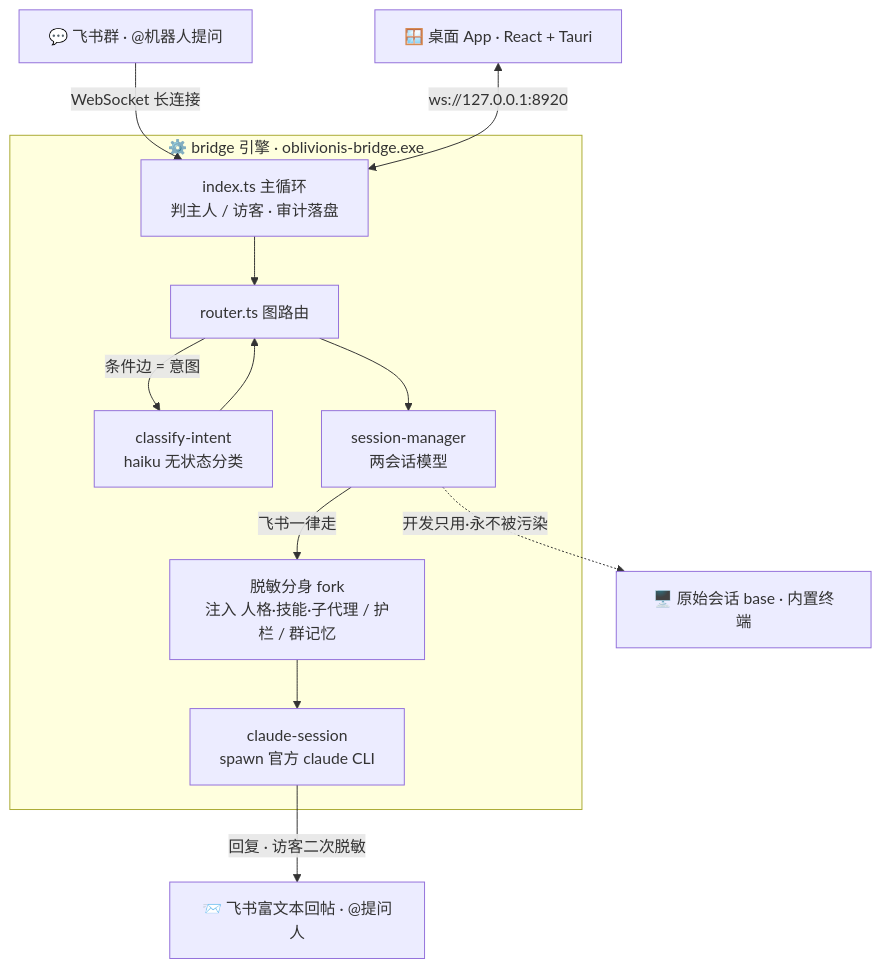
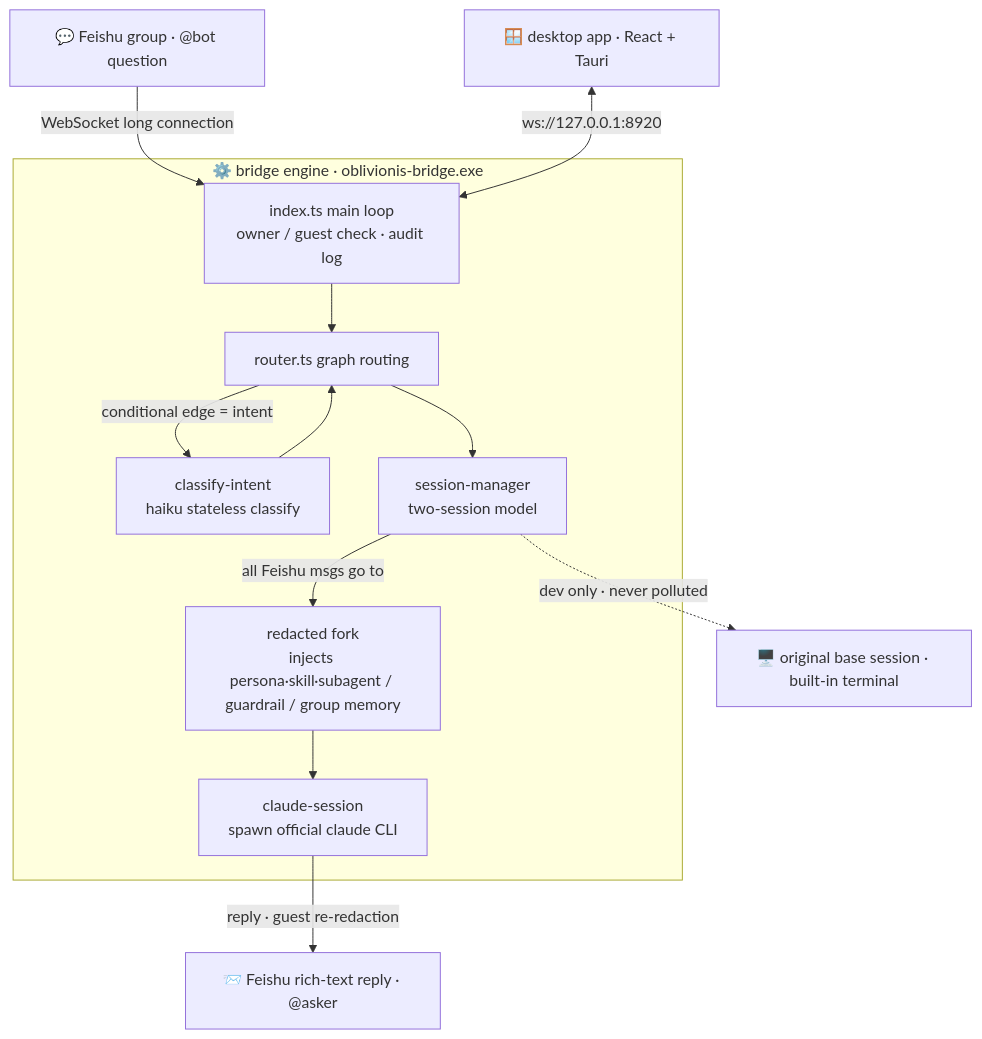
Before and after one commit to RudAns/OblivionisAgent: the first of 3 diagrams in README.md, drawn with Mermaid. The commit also changed other lines of this file and 4 other files, not shown here.

First line of the commit message:
docs(readme): 英文设为默认 README + 头部加欢迎界面截图

````diff
--- a/README.md
+++ b/README.md
@@ -102,16 +109,16 @@
 ```mermaid
 flowchart TD
-    A["💬 飞书群 · @机器人提问"]
-    subgraph BR["⚙️ bridge 引擎 · oblivionis-bridge.exe"]
-        B["index.ts 主循环<br/>判主人 / 访客 · 审计落盘"] --> C["router.ts 图路由"]
-        C -->|"条件边 = 意图"| D["classify-intent<br/>haiku 无状态分类"]
+    A["💬 Feishu group · @bot question"]
+    subgraph BR["⚙️ bridge engine · oblivionis-bridge.exe"]
+        B["index.ts main loop<br/>owner / guest check · audit log"] --> C["router.ts graph routing"]
+        C -->|"conditional edge = intent"| D["classify-intent<br/>haiku stateless classify"]
         D --> C
-        C --> E["session-manager<br/>两会话模型"]
-        E -->|"飞书一律走"| F["脱敏分身 fork<br/>注入 人格·技能·子代理 / 护栏 / 群记忆"]
-        F --> G["claude-session<br/>spawn 官方 claude CLI"]
+        C --> E["session-manager<br/>two-session model"]
+        E -->|"all Feishu msgs go to"| F["redacted fork<br/>injects persona·skill·subagent / guardrail / group memory"]
+        F --> G["claude-session<br/>spawn official claude CLI"]
     end
-    A -->|"WebSocket 长连接"| B
-    G -->|"回复 · 访客二次脱敏"| H["📨 飞书富文本回帖 · @提问人"]
-    E -.->|"开发只用·永不被污染"| I["🖥️ 原始会话 base · 内置终端"]
-    GUI["🪟 桌面 App · React + Tauri"] <-->|"ws://127.0.0.1:8920"| B
+    A -->|"WebSocket long connection"| B
+    G -->|"reply · guest re-redaction"| H["📨 Feishu rich-text reply · @asker"]
+    E -.->|"dev only · never polluted"| I["🖥️ original base session · built-in terminal"]
+    GUI["🪟 desktop app · React + Tauri"] <-->|"ws://127.0.0.1:8920"| B
 ```
````
